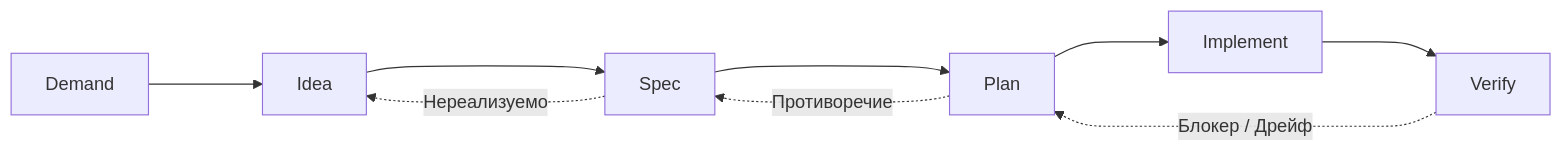
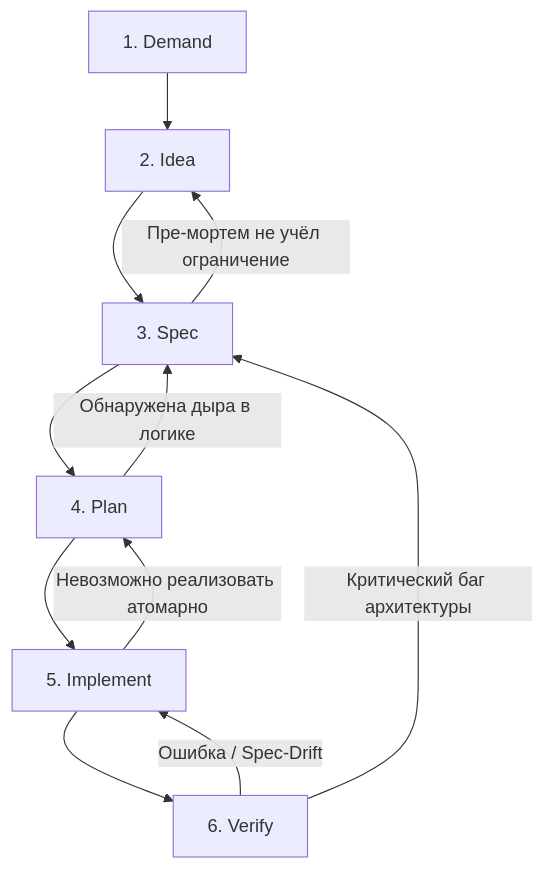
Before and after one commit to bulbigood/dispiv: the second of 2 diagrams in README.md, drawn with Mermaid. The commit also changed other lines of this file, not shown here.

````diff
--- a/README.md
+++ b/README.md
@@ -24,8 +77,15 @@
 ```mermaid
-flowchart LR
-    D[Demand] ---> I[Idea] ---> S[Spec] ---> P[Plan] ---> B[Implement] ---> V[Verify]
-    
-    V -.->|Блокер / Дрейф| P
-    P -.->|Противоречие| S
-    S -.->|Нереализуемо| I
+graph TD
+    D[1. Demand] --> I[2. Idea]
+    I --> S[3. Spec]
+    S --> P[4. Plan]
+    P --> B[5. Implement]
+    B --> V[6. Verify]
+
+    V -- "Ошибка / Spec-Drift" --> B
+    V -- "Критический баг архитектуры" --> S
+    B -- "Невозможно реализовать атомарно" --> P
+    P -- "Обнаружена дыра в логике" --> S
+    S -- "Пре-мортем не учёл ограничение" --> I
+
 ```
````
